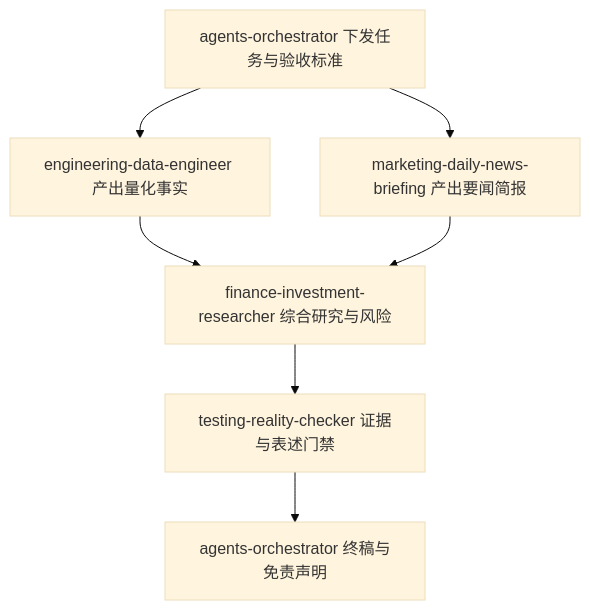
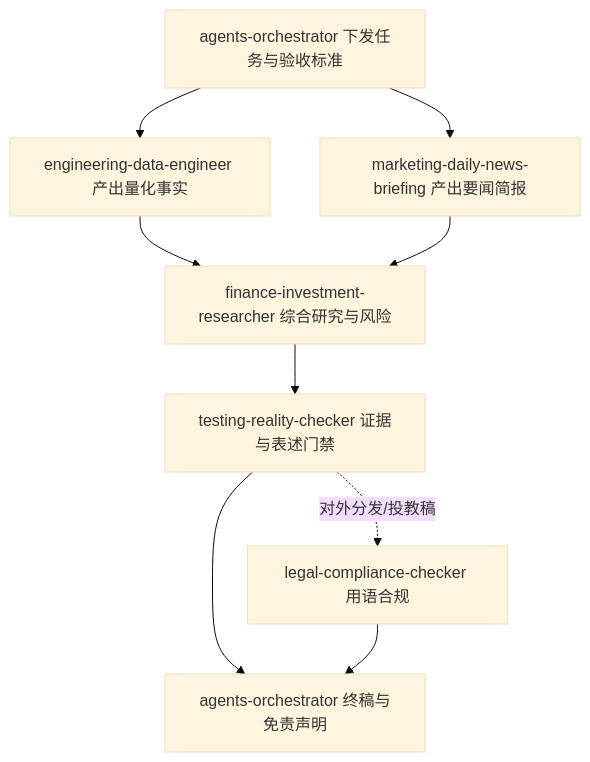
Before and after one commit to yueliangwu/AI_Quant_Trading_Engine: the diagram in workflows/fund-advisory-pipeline.md, drawn with Mermaid (base theme). The commit also changed other lines of this file and 12 other files, not shown here.

Commit message:
add legal compliance gate and power sector workflow outputs

````diff
--- a/workflows/fund-advisory-pipeline.md
+++ b/workflows/fund-advisory-pipeline.md
@@ -25,10 +26,12 @@
 ```mermaid
 flowchart TD
   O[agents-orchestrator 下发任务与验收标准]
   O --> D[engineering-data-engineer 产出量化事实]
   O --> N[marketing-daily-news-briefing 产出要闻简报]
   D --> R[finance-investment-researcher 综合研究与风险]
   N --> R
   R --> T[testing-reality-checker 证据与表述门禁]
   T --> O2[agents-orchestrator 终稿与免责声明]
+  T -.->|对外分发/投教稿| L[legal-compliance-checker 用语合规]
+  L --> O2
 ```
````
